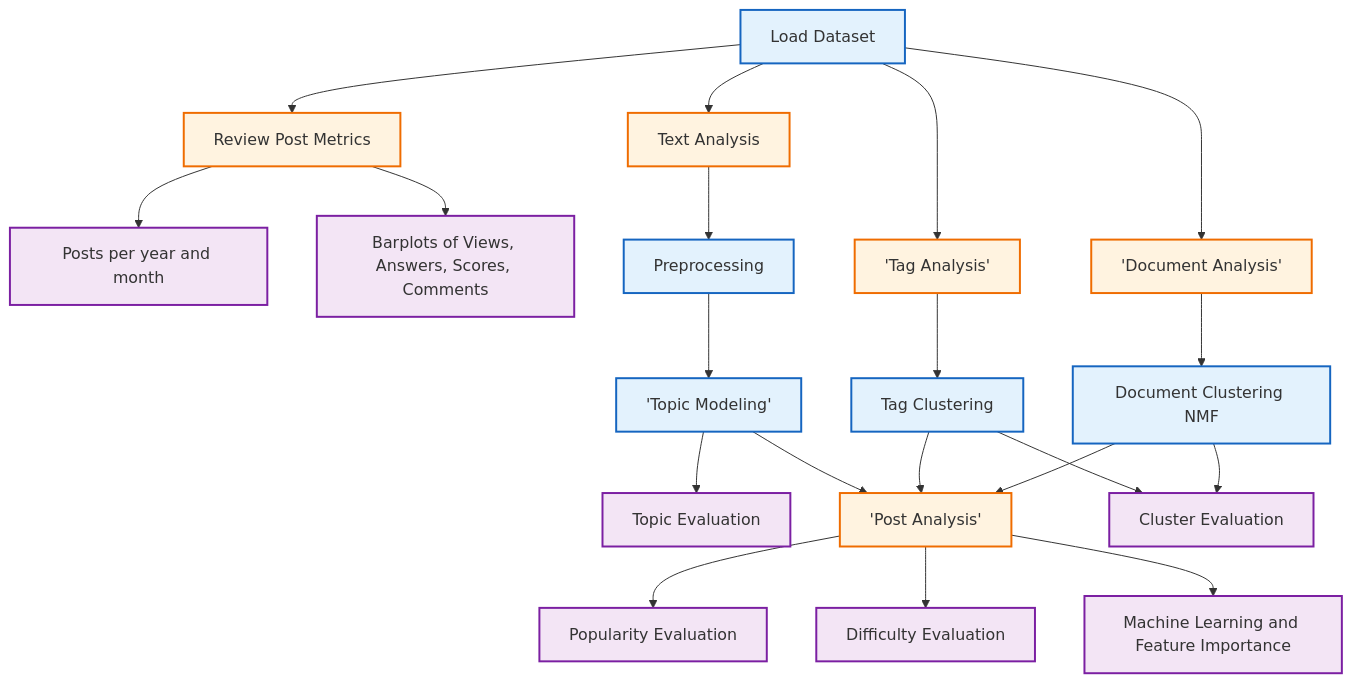
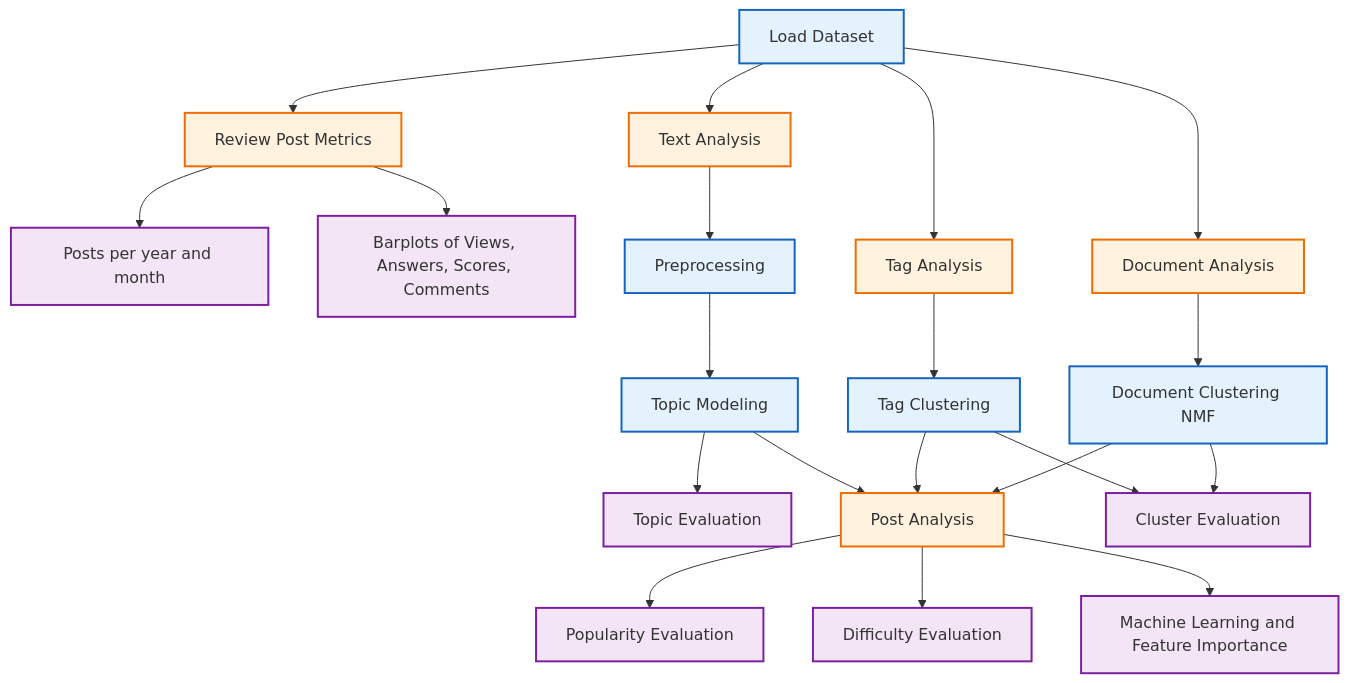
Before and after one commit to koncharman/Stack_exchange_questions_framework: the diagram in README.md, drawn with Mermaid.

````diff
--- a/README.md
+++ b/README.md
@@ -25,37 +25,37 @@
 ```mermaid
 flowchart TD
     LD["Load Dataset"]
     LD --> RPM["Review Post Metrics"]
     
     RPM --> RPM_P["Posts per year and month"]
     RPM --> RPM_B["Barplots of Views, Answers, Scores, Comments"]
     
     LD --> TXT["Text Analysis"]
     TXT --> TXT_P["Preprocessing"]
-    TXT_P --> TXT_T['Topic Modeling']
+    TXT_P --> TXT_T["Topic Modeling"]
     TXT_T --> TXT_E["Topic Evaluation"]
-    TXT_T --> PO['Post Analysis']
+    TXT_T --> PO["Post Analysis"]
     
-    LD --> TAG['Tag Analysis']
+    LD --> TAG["Tag Analysis"]
     TAG --> TAG_C["Tag Clustering"]
     TAG_C --> CEV["Cluster Evaluation"]
     TAG_C --> PO
     
-    LD --> DC['Document Analysis']
+    LD --> DC["Document Analysis"]
     DC --> DC_C["Document Clustering NMF"]
     DC_C --> CEV
     DC_C --> PO
     
     PO --> POP["Popularity Evaluation"]
     PO --> DIF["Difficulty Evaluation"]
     PO --> FET["Machine Learning and Feature Importance"]
     
     classDef in fill:#e3f2fd,stroke:#1565c0,stroke-width:2px;
     classDef out fill:#f3e5f5,stroke:#7b1fa2,stroke-width:2px;
     classDef sel fill:#fff3e0,stroke:#ef6c00,stroke-width:2px;
 
     class LD,TXT_P,TXT_T,TAG_C,DC_C in;
     class RPM_P,RPM_B,PO,DIF,FET,TXT_E,CEV,POP out;
     class RPM,TXT,PO,TAG,DC sel;
 
 ```
````
